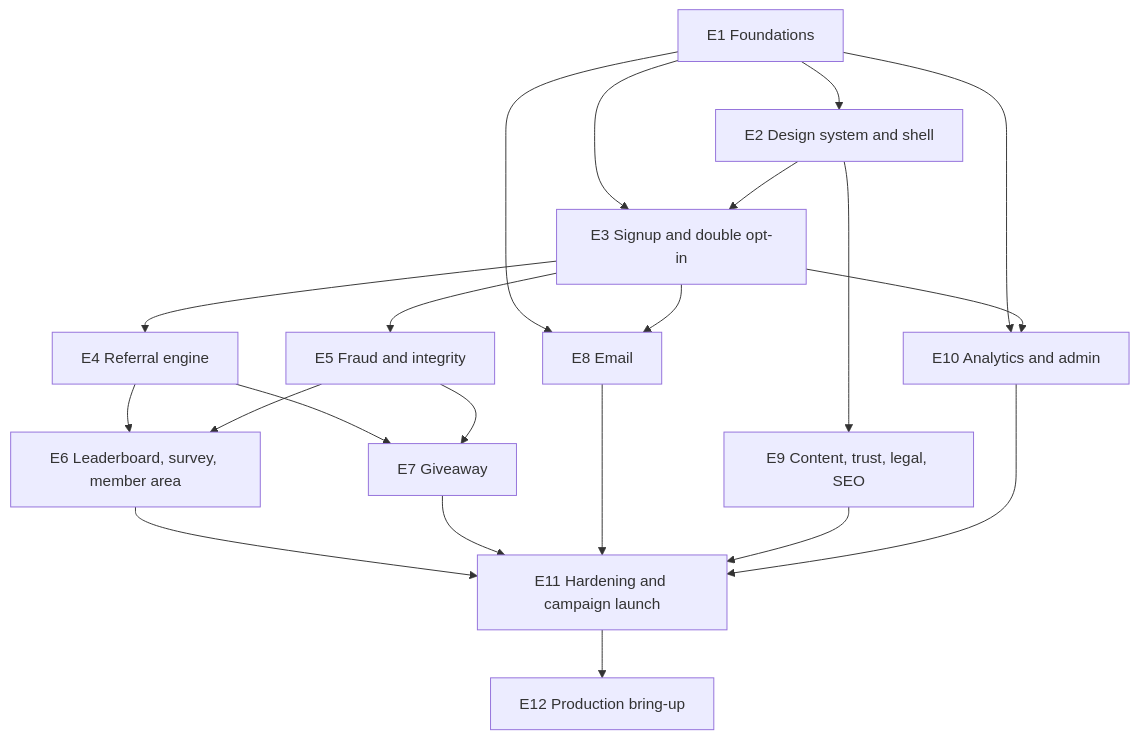
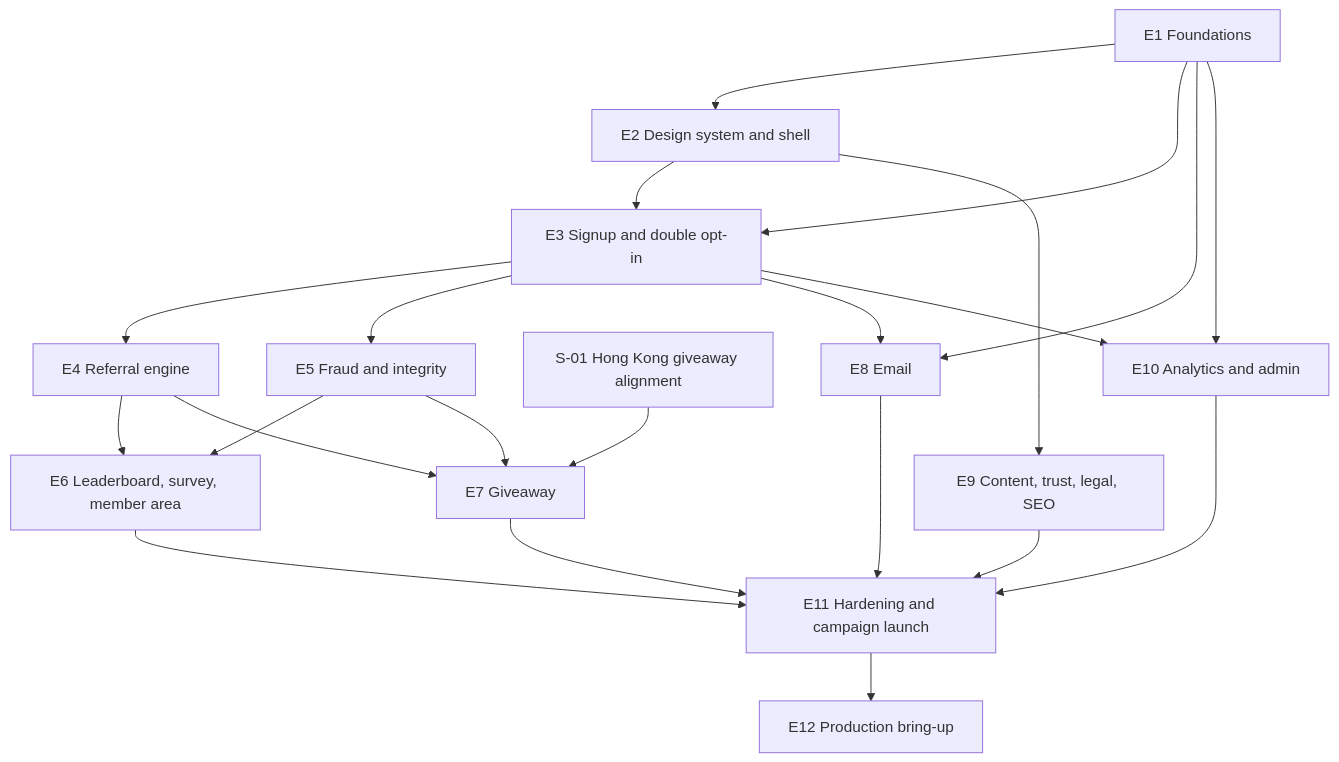
One commit to BorisLovrenovic/valstara-prelaunch changed the diagram in docs/plan/development-plan.md. Above: the diagram before and after it, drawn with Mermaid. The commit also changed other lines of this file and 40 other files, not shown here.

First line of the commit message:
docs(S-01): adopt the Hong Kong giveaway strategy (#66)

````diff
--- a/docs/plan/development-plan.md
+++ b/docs/plan/development-plan.md
@@ -111,23 +111,24 @@
 ```mermaid
 flowchart TD
   E1[E1 Foundations] --> E2[E2 Design system and shell]
   E1 --> E3[E3 Signup and double opt-in]
   E2 --> E3
   E3 --> E4[E4 Referral engine]
   E3 --> E5[E5 Fraud and integrity]
   E4 --> E6[E6 Leaderboard, survey, member area]
   E5 --> E6
+  S01[S-01 Hong Kong giveaway alignment] --> E7
   E4 --> E7[E7 Giveaway]
   E5 --> E7
   E1 --> E8[E8 Email]
   E3 --> E8
   E2 --> E9[E9 Content, trust, legal, SEO]
   E1 --> E10[E10 Analytics and admin]
   E3 --> E10
   E6 --> E11[E11 Hardening and campaign launch]
   E7 --> E11
   E8 --> E11
   E9 --> E11
   E10 --> E11
   E11 --> E12[E12 Production bring-up]
 ```
````
